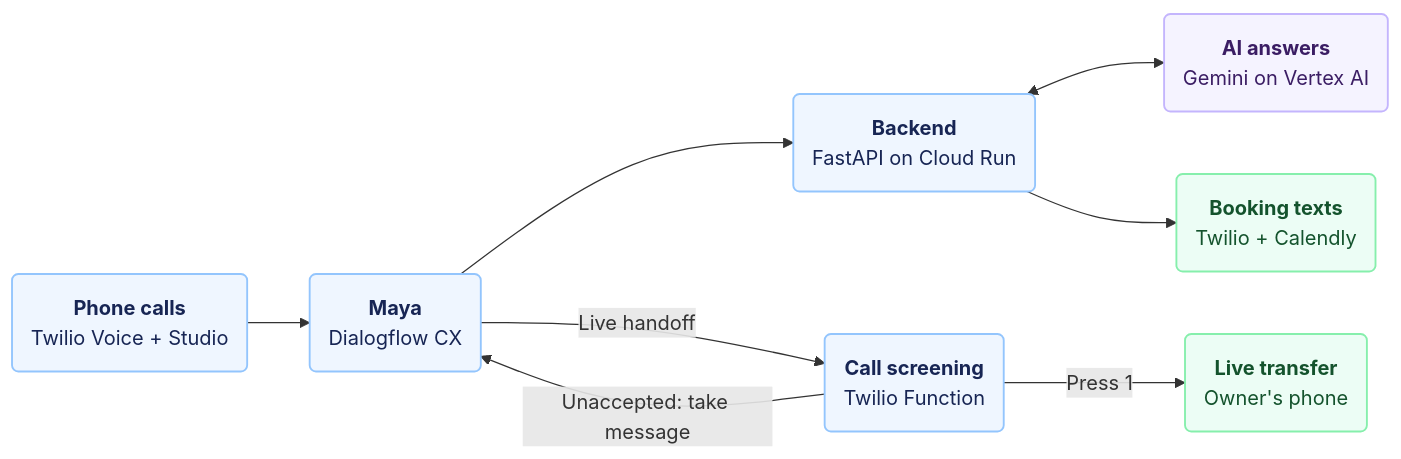
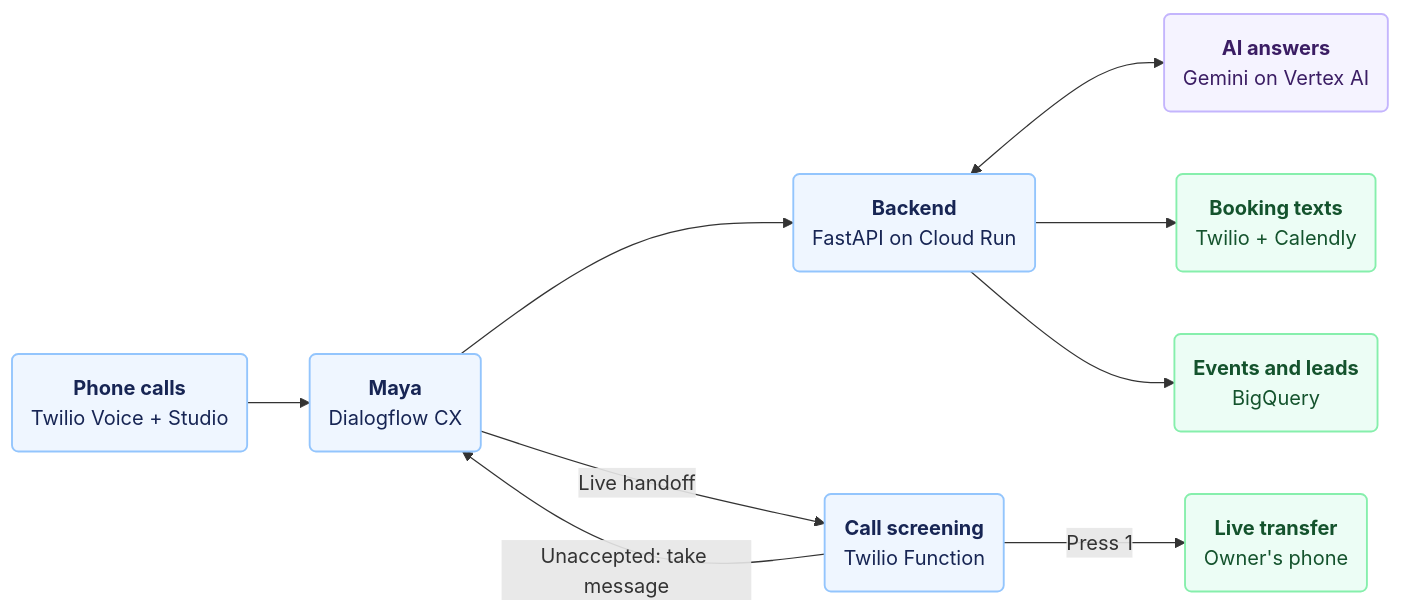
Before and after one commit to RedLeopard/dialogflow-cx-virtual-agent: the diagram in README.md, drawn with Mermaid. The commit also changed other lines of this file and 1 other file, not shown here.

First line of the commit message:
Update README and portfolio for deployed BigQuery integration

````diff
--- a/README.md
+++ b/README.md
@@ -28,35 +30,39 @@
 ```mermaid
 flowchart LR
     accTitle: Maya architecture overview
-    accDescr: Twilio connects calls to Maya. The backend uses Gemini and sends booking links. Twilio also transfers calls to the owner.
+    accDescr: Twilio connects calls to Maya. The backend uses Gemini, sends booking links, and provides BigQuery event and lead ingestion. Twilio also transfers calls to the owner.
 
     phone("`**Phone calls**
 Twilio Voice + Studio`")
     maya("`**Maya**
 Dialogflow CX`")
     backend("`**Backend**
 FastAPI on Cloud Run`")
     ai("`**AI answers**
 Gemini on Vertex AI`")
     booking("`**Booking texts**
 Twilio + Calendly`")
     owner("`**Live transfer**
 Owner's phone`")
 
+    data("`**Events and leads**
+BigQuery`")
+
     phone --> maya --> backend
     backend <--> ai
     backend --> booking
+    backend --> data
     screen("`**Call screening**
 Twilio Function`")
 
     maya -->|Live handoff| screen
     screen -->|Press 1| owner
     screen -->|Unaccepted: take message| maya
 
     classDef core fill:#eff6ff,stroke:#93c5fd,color:#172554,stroke-width:1.5px
     classDef intelligence fill:#f5f3ff,stroke:#c4b5fd,color:#3b1d64,stroke-width:1.5px
     classDef outcome fill:#ecfdf5,stroke:#86efac,color:#14532d,stroke-width:1.5px
     class phone,maya,backend,screen core
     class ai intelligence
-    class booking,owner outcome
+    class booking,owner,data outcome
 ```
````
